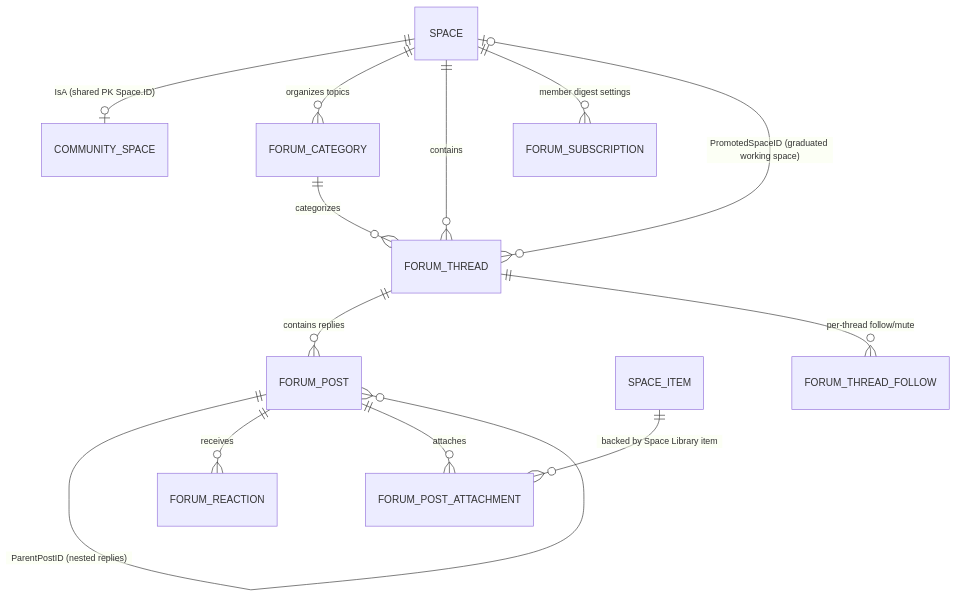
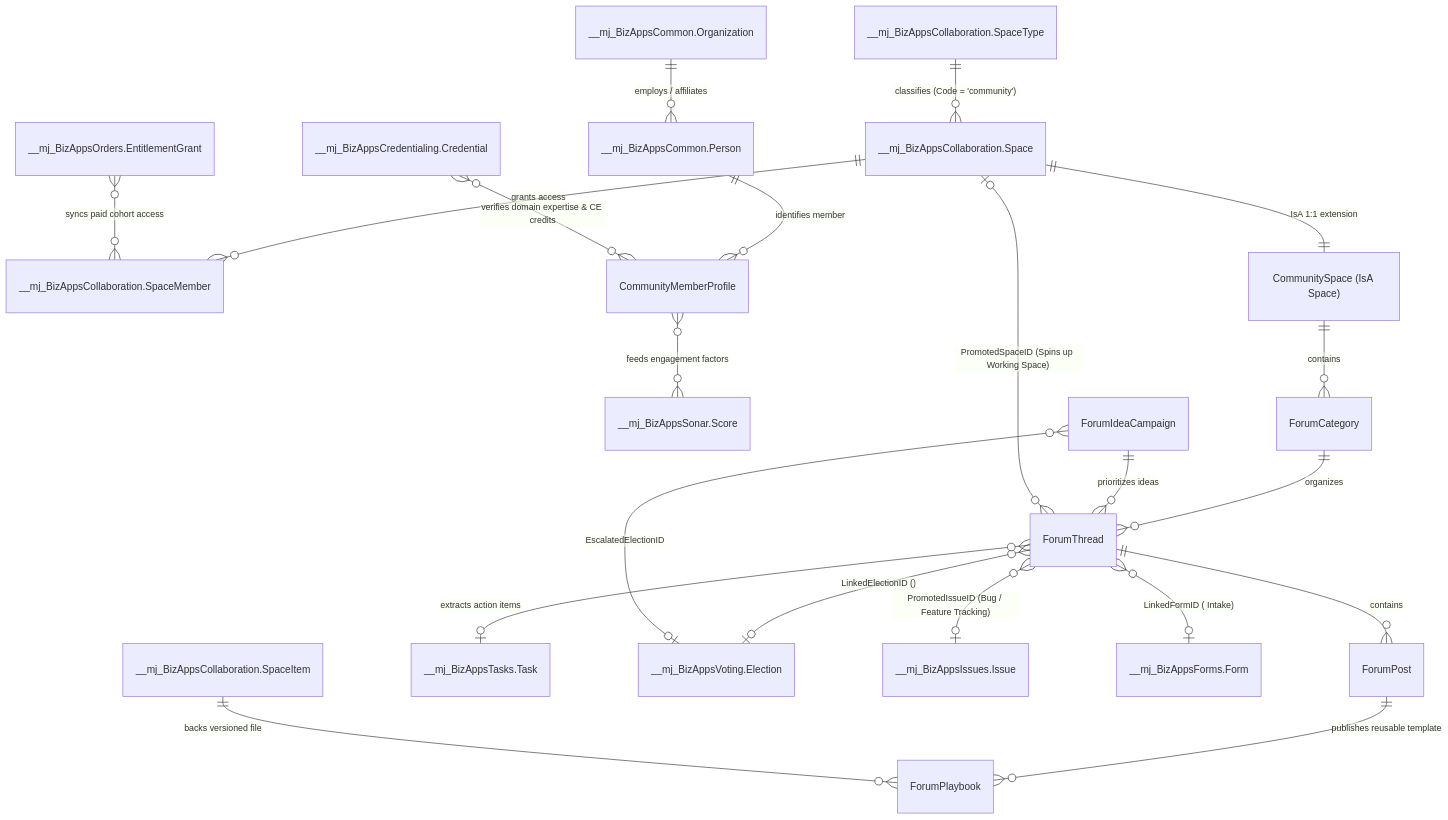
One commit to MemberJunction/bizapps-community changed the first of 2 diagrams in plans/plan.md. Above: the diagram before and after it, drawn with Mermaid. The commit also changed other lines of this file and 2 other files, not shown here.

Commit message:
docs(plan): add full 21-table schema, cross-BizApp ERDs, anonymous access spec, Q&A grading, and point-voting rules

````diff
--- a/plans/plan.md
+++ b/plans/plan.md
@@ -39,15 +40,56 @@
 ```mermaid
 erDiagram
-    SPACE ||--o| COMMUNITY_SPACE : "IsA (shared PK Space.ID)"
-    SPACE ||--o{ FORUM_CATEGORY : "organizes topics"
-    SPACE ||--o{ FORUM_THREAD : "contains"
-    FORUM_CATEGORY ||--o{ FORUM_THREAD : "categorizes"
-    FORUM_THREAD ||--o{ FORUM_POST : "contains replies"
-    FORUM_POST ||--o{ FORUM_POST : "ParentPostID (nested replies)"
-    FORUM_POST ||--o{ FORUM_REACTION : "receives"
-    FORUM_POST ||--o{ FORUM_POST_ATTACHMENT : "attaches"
-    SPACE_ITEM ||--o{ FORUM_POST_ATTACHMENT : "backed by Space Library item"
-    SPACE ||--o{ FORUM_SUBSCRIPTION : "member digest settings"
-    FORUM_THREAD ||--o{ FORUM_THREAD_FOLLOW : "per-thread follow/mute"
-    FORUM_THREAD }o--o| SPACE : "PromotedSpaceID (graduated working space)"
+    %% BizApps Collaboration (__mj_BizAppsCollaboration)
+    COLLAB_Space["__mj_BizAppsCollaboration.Space"]
+    COLLAB_SpaceType["__mj_BizAppsCollaboration.SpaceType"]
+    COLLAB_SpaceMember["__mj_BizAppsCollaboration.SpaceMember"]
+    COLLAB_SpaceItem["__mj_BizAppsCollaboration.SpaceItem"]
+
+    %% BizApps Common & Tasks
+    COMMON_Person["__mj_BizAppsCommon.Person"]
+    COMMON_Org["__mj_BizAppsCommon.Organization"]
+    TASKS_Task["__mj_BizAppsTasks.Task"]
+
+    %% Optional Upstream Sibling BizApps
+    VOTING_Election["__mj_BizAppsVoting.Election"]
+    ISSUES_Issue["__mj_BizAppsIssues.Issue"]
+    CRED_Credential["__mj_BizAppsCredentialing.Credential"]
+    FORMS_Form["__mj_BizAppsForms.Form"]
+    SONAR_Score["__mj_BizAppsSonar.Score"]
+    ORDERS_Entitlement["__mj_BizAppsOrders.EntitlementGrant"]
+
+    %% BizApps Community Core Entities (__mj_BizAppsCommunity)
+    COMM_Space["CommunitySpace (IsA Space)"]
+    COMM_Category["ForumCategory"]
+    COMM_Thread["ForumThread"]
+    COMM_Post["ForumPost"]
+    COMM_Campaign["ForumIdeaCampaign"]
+    COMM_Playbook["ForumPlaybook"]
+    COMM_Profile["CommunityMemberProfile"]
+
+    COLLAB_SpaceType ||--o{ COLLAB_Space : "classifies (Code = 'community')"
+    COLLAB_Space ||--|| COMM_Space : "IsA 1:1 extension"
+    COLLAB_Space ||--o{ COLLAB_SpaceMember : "grants access"
+    ORDERS_Entitlement }o--o{ COLLAB_SpaceMember : "syncs paid cohort access"
+
+    COMM_Space ||--o{ COMM_Category : "contains"
+    COMM_Category ||--o{ COMM_Thread : "organizes"
+    COMM_Thread ||--o{ COMM_Post : "contains"
+
+    COMM_Thread }o--o| COLLAB_Space : "PromotedSpaceID (Spins up Working Space)"
+    COMM_Thread }o--o| VOTING_Election : "LinkedElectionID (<mj-ballot>)"
+    COMM_Thread }o--o| ISSUES_Issue : "PromotedIssueID (Bug / Feature Tracking)"
+    COMM_Thread }o--o| FORMS_Form : "LinkedFormID (<mj-form> Intake)"
+    COMM_Thread }o--o| TASKS_Task : "extracts action items"
+
+    COMM_Campaign ||--o{ COMM_Thread : "prioritizes ideas"
+    COMM_Campaign }o--o| VOTING_Election : "EscalatedElectionID"
+
+    COMM_Post ||--o{ COMM_Playbook : "publishes reusable template"
+    COLLAB_SpaceItem ||--o{ COMM_Playbook : "backs versioned file"
+
+    COMMON_Person ||--o{ COMM_Profile : "identifies member"
+    COMMON_Org ||--o{ COMMON_Person : "employs / affiliates"
+    CRED_Credential }o--o{ COMM_Profile : "verifies domain expertise & CE credits"
+    COMM_Profile }o--o{ SONAR_Score : "feeds engagement factors"
 ```
````
